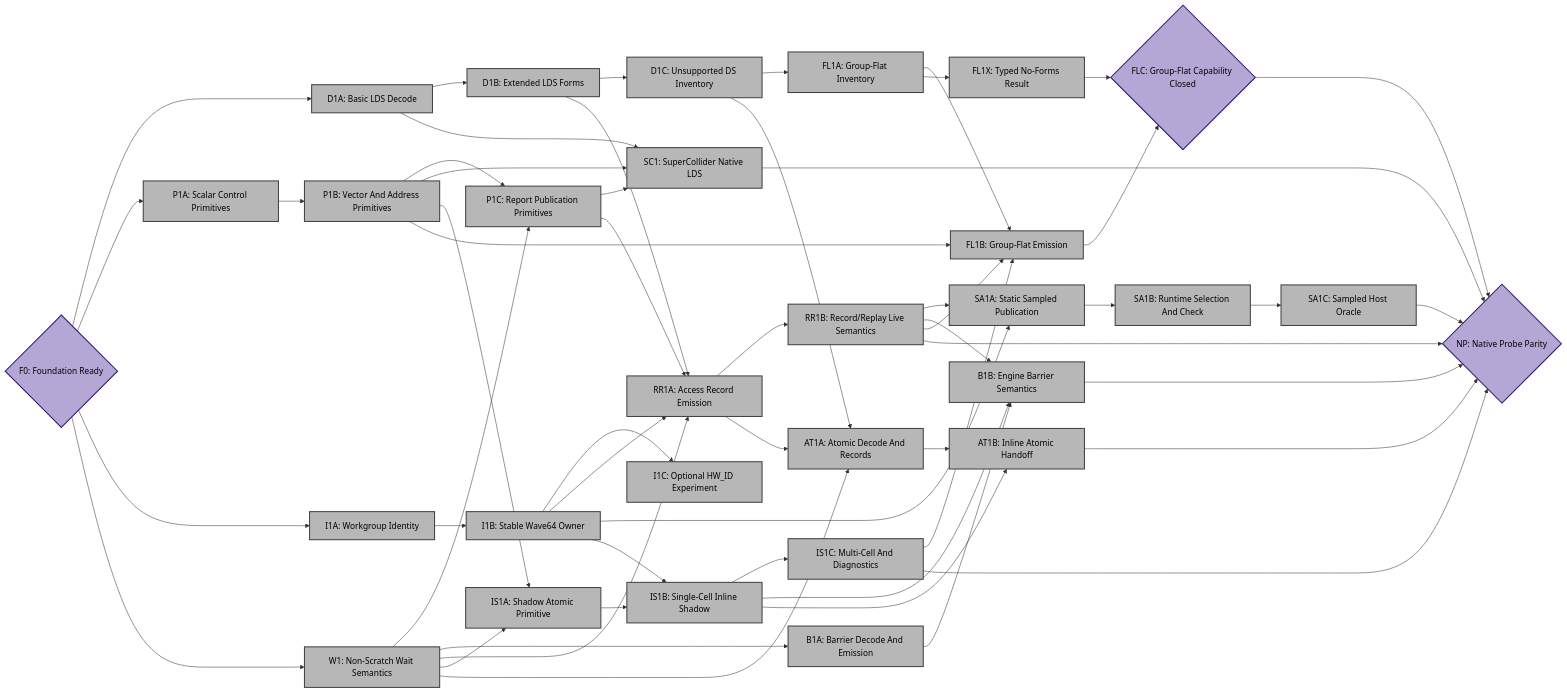
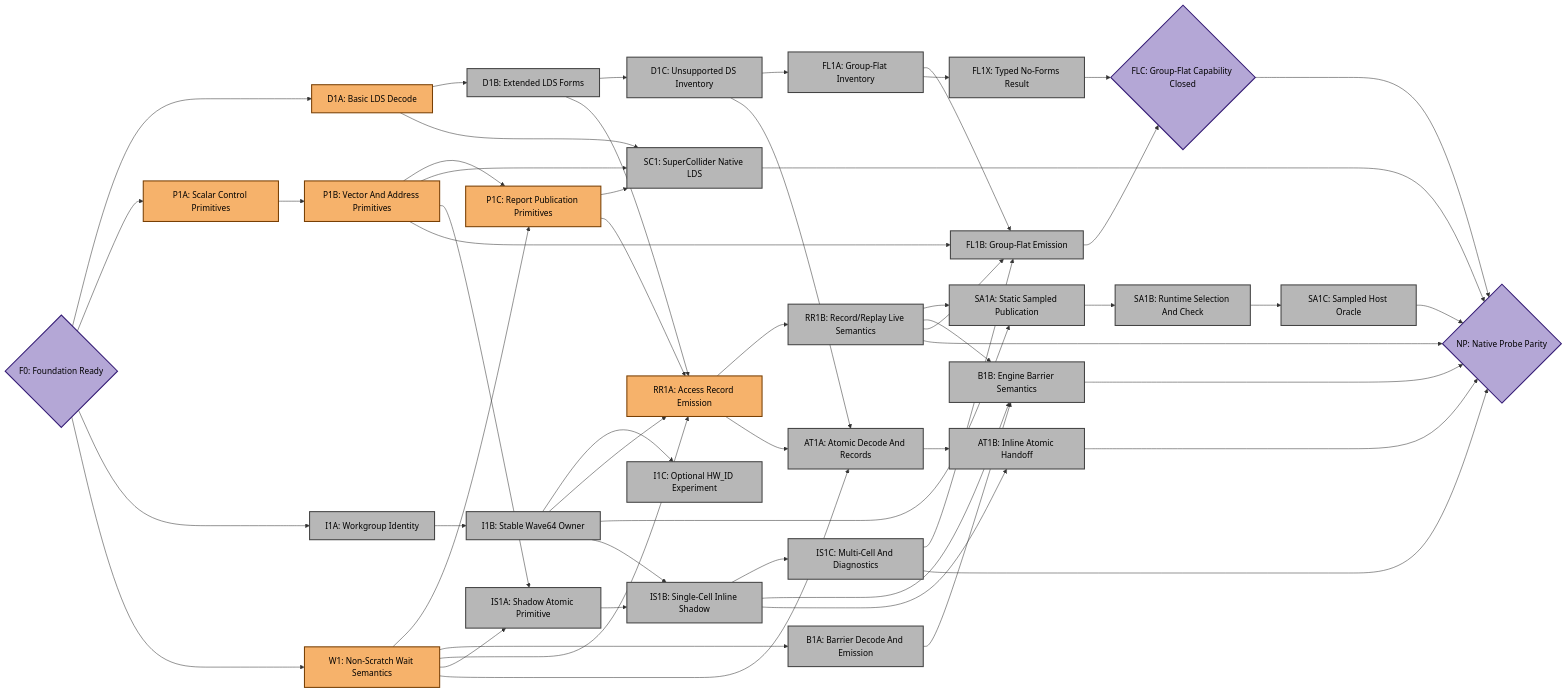
The third of 4 diagrams in emulation/rocjitsu/docs/consan/PLAN_GFX950.md (ROCm/rocm-systems), drawn with Mermaid before and after one commit. The commit also changed other lines of this file and 3 other files, not shown here.

````diff
--- a/emulation/rocjitsu/docs/consan/PLAN_GFX950.md
+++ b/emulation/rocjitsu/docs/consan/PLAN_GFX950.md
@@ -181,20 +189,20 @@
 ```mermaid
 flowchart LR
   F0{"F0: Foundation Ready"}:::target
-  D1A["D1A: Basic LDS Decode"]:::todo
+  D1A["D1A: Basic LDS Decode"]:::active
   D1B["D1B: Extended LDS Forms"]:::todo
   D1C["D1C: Unsupported DS Inventory"]:::todo
-  P1A["P1A: Scalar Control Primitives"]:::todo
-  P1B["P1B: Vector And Address Primitives"]:::todo
-  P1C["P1C: Report Publication Primitives"]:::todo
+  P1A["P1A: Scalar Control Primitives"]:::active
+  P1B["P1B: Vector And Address Primitives"]:::active
+  P1C["P1C: Report Publication Primitives"]:::active
   I1A["I1A: Workgroup Identity"]:::todo
   I1B["I1B: Stable Wave64 Owner"]:::todo
   I1C["I1C: Optional HW_ID Experiment"]:::todo
-  W1["W1: Non-Scratch Wait Semantics"]:::todo
+  W1["W1: Non-Scratch Wait Semantics"]:::active
   B1A["B1A: Barrier Decode And Emission"]:::todo
   B1B["B1B: Engine Barrier Semantics"]:::todo
   SC1["SC1: SuperCollider Native LDS"]:::todo
-  RR1A["RR1A: Access Record Emission"]:::todo
+  RR1A["RR1A: Access Record Emission"]:::active
   RR1B["RR1B: Record/Replay Live Semantics"]:::todo
   SA1A["SA1A: Static Sampled Publication"]:::todo
   SA1B["SA1B: Runtime Selection And Check"]:::todo
@@ -259,6 +267,7 @@
   FLC --> NP
   AT1B --> NP
 
+  classDef active fill:#f6b26b,stroke:#783f04,stroke-width:2px,color:#000;
   classDef todo fill:#b7b7b7,stroke:#434343,stroke-width:2px,color:#000;
   classDef target fill:#b4a7d6,stroke:#351c75,stroke-width:2px,color:#000;
 ```
````
